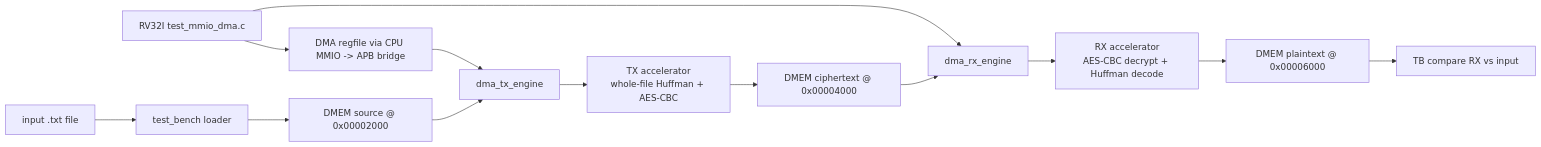
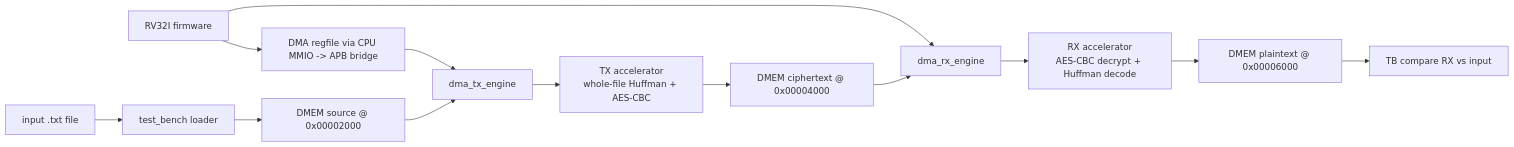
The diagram in docs/soc_4_5_end_to_end_report.md (ngoquocan139/AES_huffman_all6), drawn with Mermaid before and after one commit. The commit also changed other lines of this file and 44 other files, not shown here.

````diff
--- a/docs/soc_4_5_end_to_end_report.md
+++ b/docs/soc_4_5_end_to_end_report.md
@@ -53,15 +67,15 @@
 ```mermaid
 flowchart LR
   TXT["input .txt file"] --> TB["test_bench loader"]
   TB --> SRC["DMEM source @ 0x00002000"]
-  CPU["RV32I test_mmio_dma.c"] --> REG["DMA regfile via CPU MMIO -> APB bridge"]
+  CPU["RV32I firmware"] --> REG["DMA regfile via CPU MMIO -> APB bridge"]
   REG --> TXDMA["dma_tx_engine"]
   SRC --> TXDMA
   TXDMA --> TX["TX accelerator\nwhole-file Huffman + AES-CBC"]
   TX --> CT["DMEM ciphertext @ 0x00004000"]
   CPU --> RXDMA["dma_rx_engine"]
   CT --> RXDMA
   RXDMA --> RX["RX accelerator\nAES-CBC decrypt + Huffman decode"]
   RX --> OUT["DMEM plaintext @ 0x00006000"]
   OUT --> CMP["TB compare RX vs input"]
 ```
````
